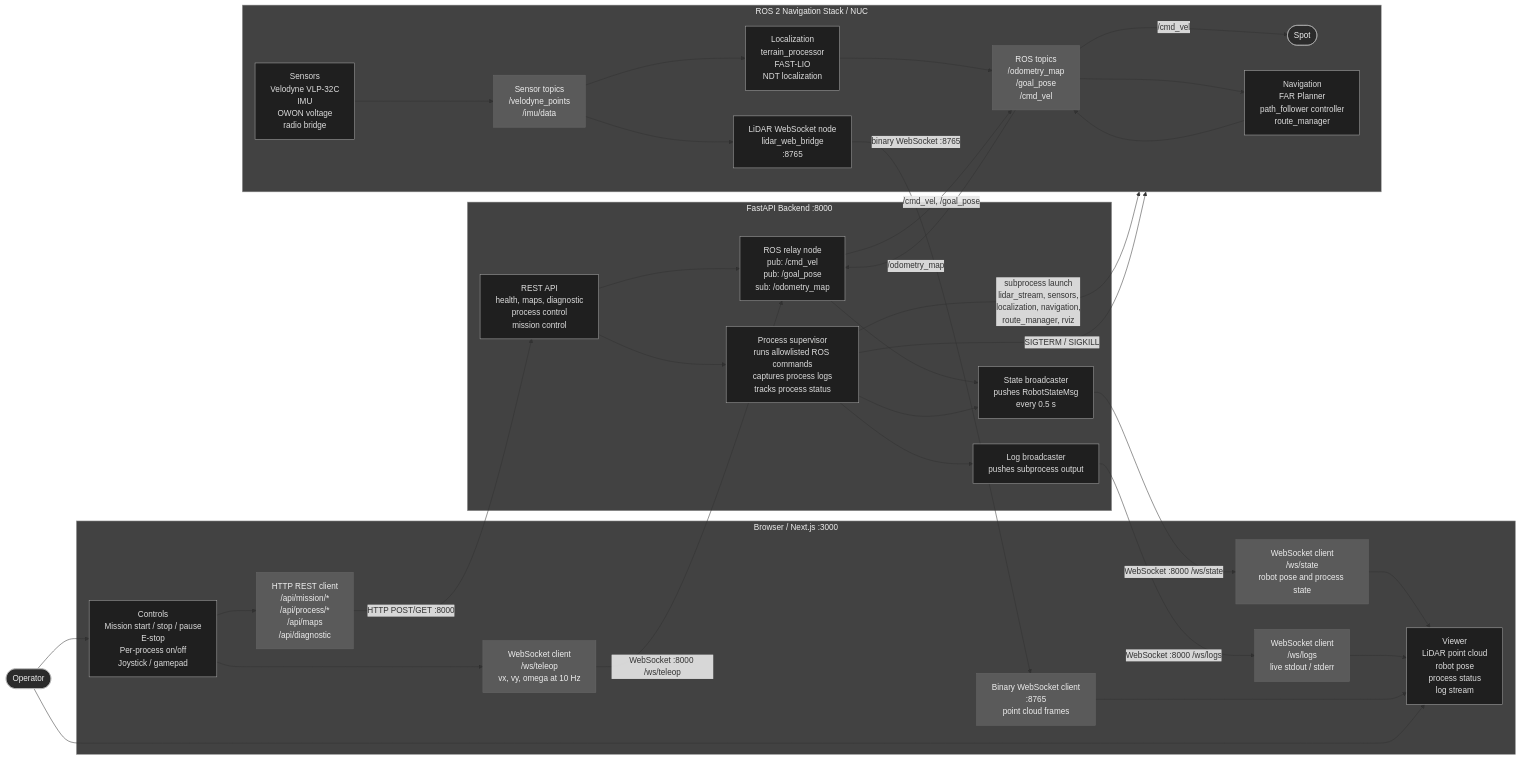
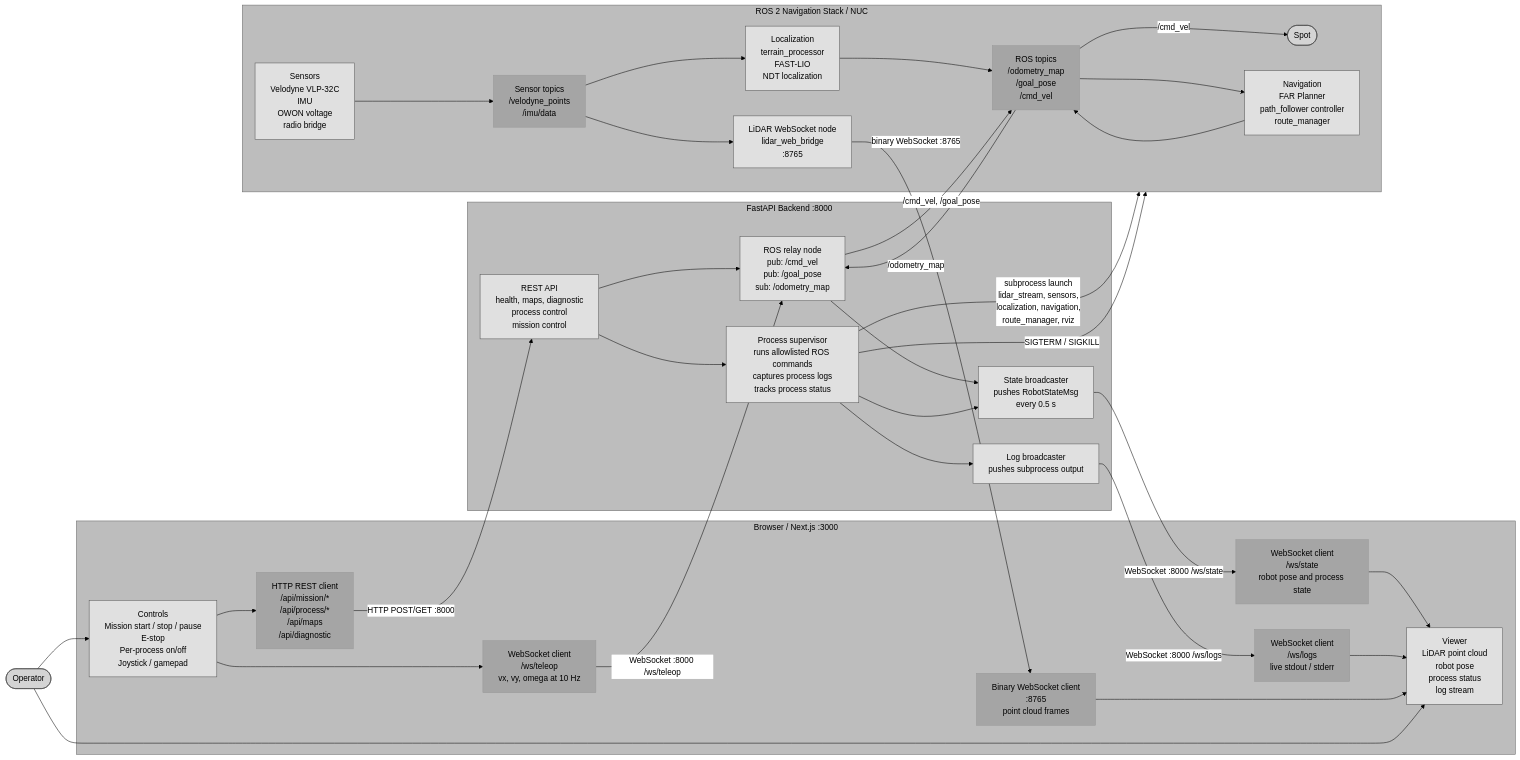
One commit to skn47/spot-edge-webui changed the diagram in docs/uml.mmd. Above: the diagram before and after it, drawn with Mermaid. The commit also changed 2 other files, not shown here.

```diff
--- a/docs/uml.mmd
+++ b/docs/uml.mmd
@@ -1,74 +1,75 @@
+%%{init: {"theme": "base", "themeVariables": {"background": "#ffffff", "primaryTextColor": "#000000", "secondaryTextColor": "#000000", "tertiaryTextColor": "#000000", "textColor": "#000000", "lineColor": "#000000", "edgeLabelBackground": "#ffffff", "clusterBkg": "#ffffff", "clusterBorder": "#000000"}}}%%
 flowchart LR
     operator([Operator])
     spot([Spot])
 
     subgraph browser["Browser / Next.js :3000"]
         controls["Controls<br/>Mission start / stop / pause<br/>E-stop<br/>Per-process on/off<br/>Joystick / gamepad"]
         restClient["HTTP REST client<br/>/api/mission/*<br/>/api/process/*<br/>/api/maps<br/>/api/diagnostic"]
         teleopClient["WebSocket client<br/>/ws/teleop<br/>vx, vy, omega at 10 Hz"]
         stateClient["WebSocket client<br/>/ws/state<br/>robot pose and process state"]
         logsClient["WebSocket client<br/>/ws/logs<br/>live stdout / stderr"]
         lidarClient["Binary WebSocket client<br/>:8765<br/>point cloud frames"]
         viewer["Viewer<br/>LiDAR point cloud<br/>robot pose<br/>process status<br/>log stream"]
 
         controls --> restClient
         controls --> teleopClient
         stateClient --> viewer
         logsClient --> viewer
         lidarClient --> viewer
     end
 
     subgraph backend["FastAPI Backend :8000"]
         api["REST API<br/>health, maps, diagnostic<br/>process control<br/>mission control"]
         rosRelay["ROS relay node<br/>pub: /cmd_vel<br/>pub: /goal_pose<br/>sub: /odometry_map"]
         supervisor["Process supervisor<br/>runs allowlisted ROS commands<br/>captures process logs<br/>tracks process status"]
         stateBroadcaster["State broadcaster<br/>pushes RobotStateMsg<br/>every 0.5 s"]
         logBroadcaster["Log broadcaster<br/>pushes subprocess output"]
 
         api --> supervisor
         api --> rosRelay
         rosRelay --> stateBroadcaster
         supervisor --> stateBroadcaster
         supervisor --> logBroadcaster
     end
 
     subgraph ros["ROS 2 Navigation Stack / NUC"]
         sensors["Sensors<br/>Velodyne VLP-32C<br/>IMU<br/>OWON voltage<br/>radio bridge"]
         sensorTopics["Sensor topics<br/>/velodyne_points<br/>/imu/data"]
         localization["Localization<br/>terrain_processor<br/>FAST-LIO<br/>NDT localization"]
         navigation["Navigation<br/>FAR Planner<br/>path_follower controller<br/>route_manager"]
         rosTopics["ROS topics<br/>/odometry_map<br/>/goal_pose<br/>/cmd_vel"]
         lidarNode["LiDAR WebSocket node<br/>lidar_web_bridge<br/>:8765"]
 
         sensors --> sensorTopics
         sensorTopics --> localization
         sensorTopics --> lidarNode
         localization --> rosTopics
         rosTopics --> navigation
         navigation --> rosTopics
         rosTopics -- "/cmd_vel" --> spot
     end
 
     operator --> controls
     operator --> viewer
 
     restClient -- "HTTP POST/GET :8000" --> api
     teleopClient -- "WebSocket :8000 /ws/teleop" --> rosRelay
     stateBroadcaster -- "WebSocket :8000 /ws/state" --> stateClient
     logBroadcaster -- "WebSocket :8000 /ws/logs" --> logsClient
     lidarNode -- "binary WebSocket :8765" --> lidarClient
 
     supervisor -- "subprocess launch<br/>lidar_stream, sensors,<br/>localization, navigation,<br/>route_manager, rviz" --> ros
     supervisor -- "SIGTERM / SIGKILL" --> ros
     rosRelay -- "/cmd_vel, /goal_pose" --> rosTopics
     rosTopics -- "/odometry_map" --> rosRelay
 
-    classDef boundary fill:#424242,stroke:#999,color:#eee
-    classDef component fill:#1f1f1f,stroke:#aaa,color:#ddd
-    classDef interface fill:#5a5a5a,stroke:#666,color:#eee
-    classDef actor fill:#2b2b2b,stroke:#bbb,color:#eee
+    classDef boundary fill:#bdbdbd,stroke:#666,color:#000
+    classDef component fill:#e0e0e0,stroke:#555,color:#000
+    classDef interface fill:#a5a5a5,stroke:#999,color:#000
+    classDef actor fill:#d4d4d4,stroke:#444,color:#000
 
     class browser,backend,ros boundary
     class controls,viewer,api,rosRelay,supervisor,stateBroadcaster,logBroadcaster,sensors,localization,navigation,lidarNode component
     class restClient,teleopClient,stateClient,logsClient,lidarClient,sensorTopics,rosTopics interface
     class operator,spot actor
```
